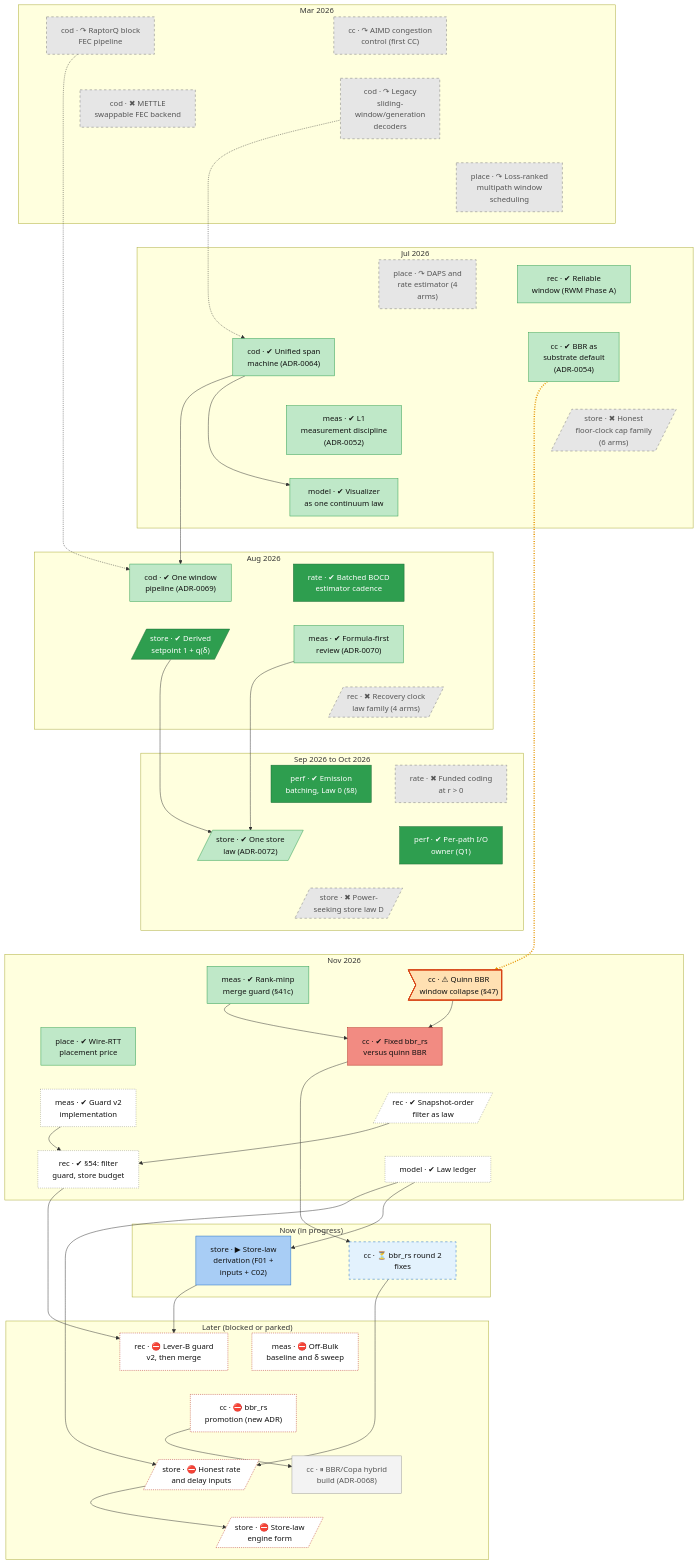
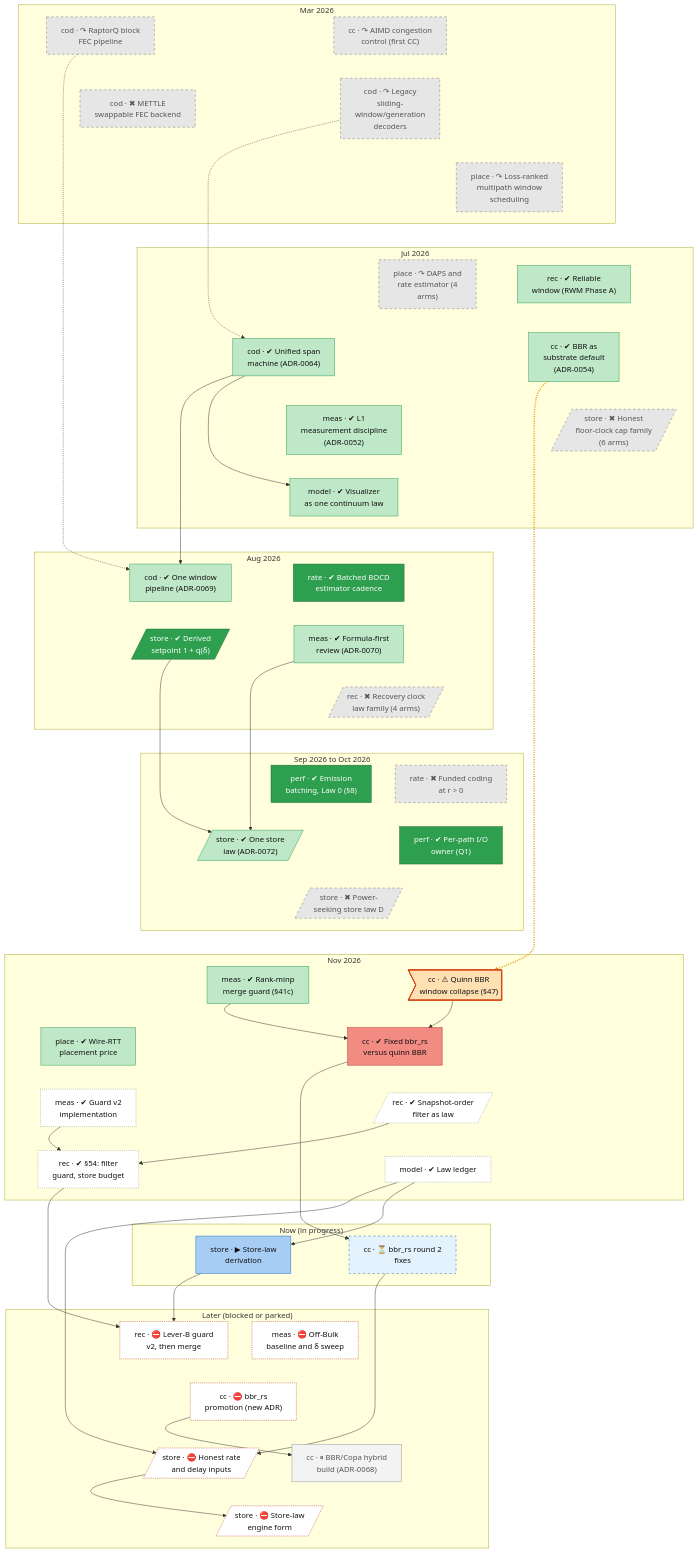
One commit to lhns/raptorpath changed the diagram in docs/roadmap.md. Above: the diagram before and after it, drawn with Mermaid. The commit also changed other lines of this file and 4 other files, not shown here.

Commit message:
status §56 (pre-registration): the store-pool sweep, reported only, no build - c8/c2/c1s static maps for the store law's closed-loop registration; tree: store-s56-sweep

```diff
--- a/docs/roadmap.md
+++ b/docs/roadmap.md
@@ -70,7 +70,7 @@
     end
     subgraph bd_5["Now (in progress)"]
         cc_bbrrs_r2["cc · ⏳ bbr_rs round 2<br/>fixes"]
-        store_law_derivation["store · ▶ Store-law<br/>derivation (F01 +<br/>inputs + C02)"]
+        store_law_derivation["store · ▶ Store-law<br/>derivation"]
     end
     subgraph bd_6["Later (blocked or parked)"]
         rec_leverb_guard["rec · ⛔ Lever-B guard<br/>v2, then merge"]
```
